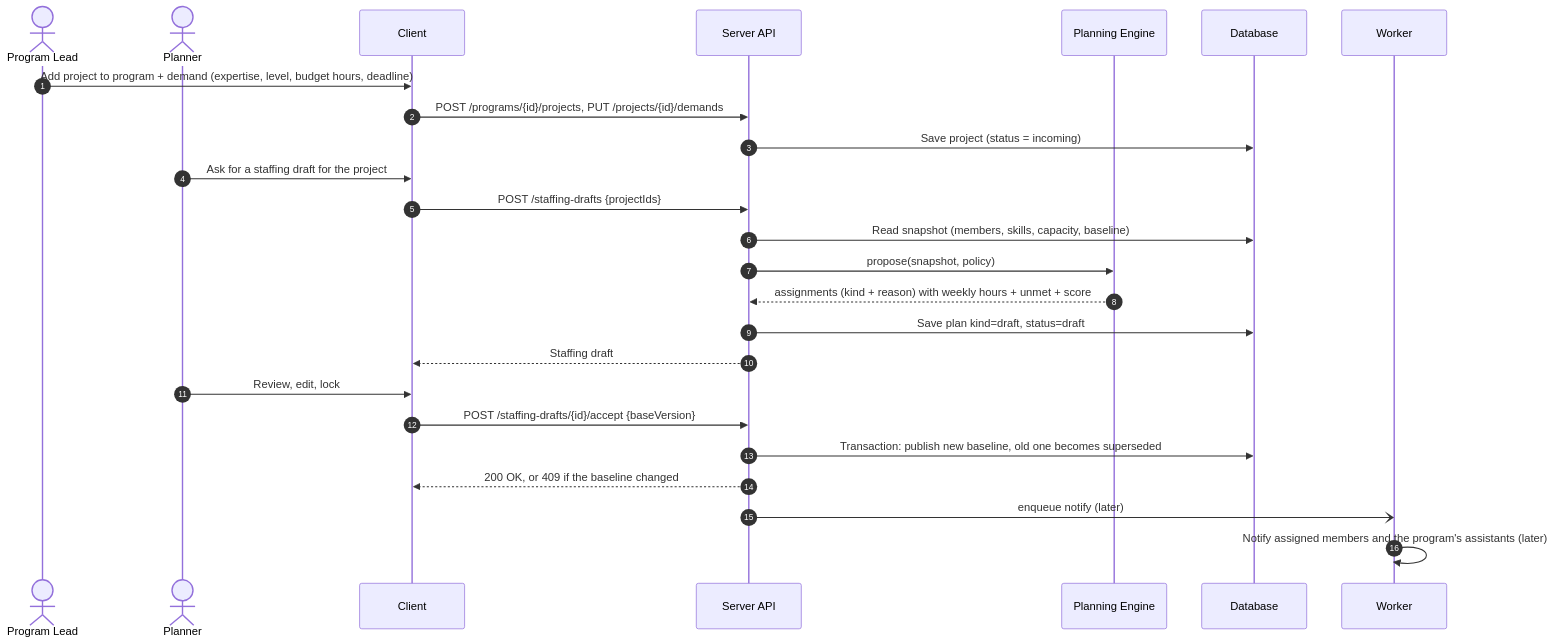
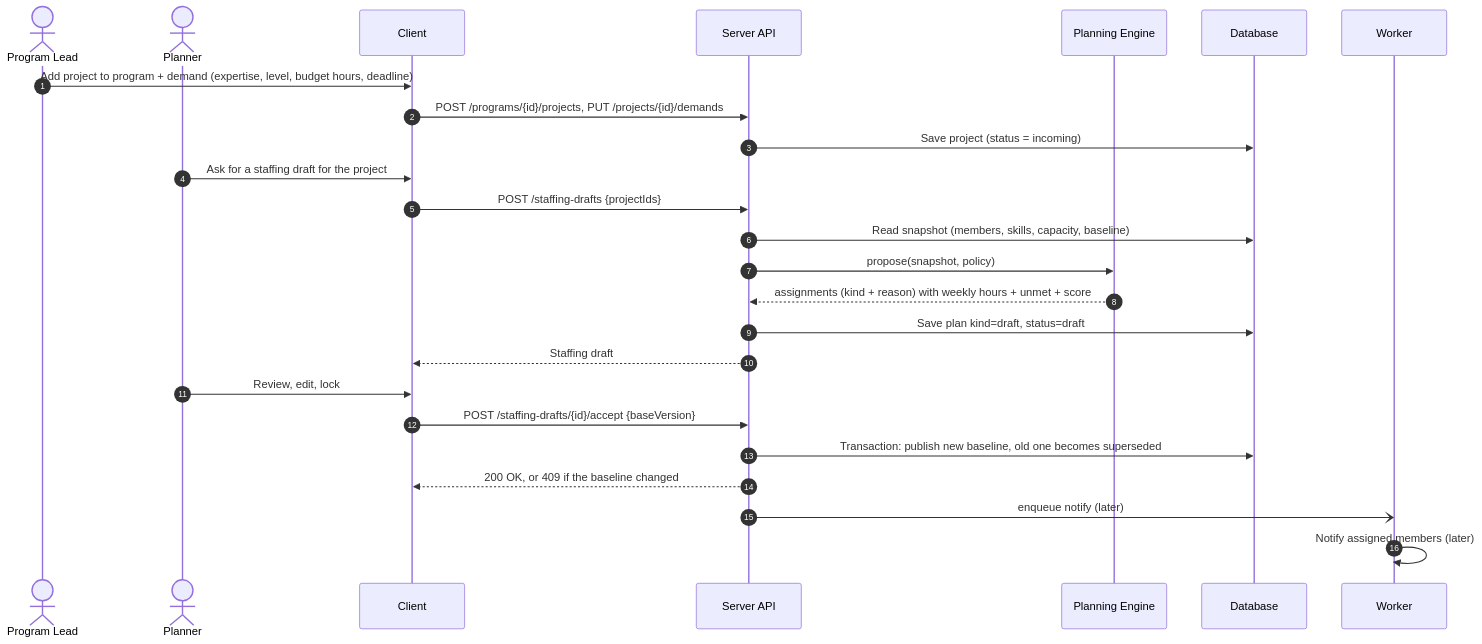
One commit to dophnamm/the-slot-finder changed the tenth of 14 diagrams in README.md. Above: the diagram before and after it, drawn with Mermaid. The commit also changed other lines of this file and 13 other files, not shown here.

````diff
--- a/README.md
+++ b/README.md
@@ -594,28 +526,28 @@
 ```mermaid
 sequenceDiagram
   autonumber
   actor L as Program Lead
   actor P as Planner
   participant C as Client
   participant API as Server API
   participant ENG as Planning Engine
   participant DB as Database
   participant W as Worker
 
   L->>C: Add project to program + demand (expertise, level, budget hours, deadline)
   C->>API: POST /programs/{id}/projects, PUT /projects/{id}/demands
   API->>DB: Save project (status = incoming)
   P->>C: Ask for a staffing draft for the project
   C->>API: POST /staffing-drafts {projectIds}
   API->>DB: Read snapshot (members, skills, capacity, baseline)
   API->>ENG: propose(snapshot, policy)
   ENG-->>API: assignments (kind + reason) with weekly hours + unmet + score
   API->>DB: Save plan kind=draft, status=draft
   API-->>C: Staffing draft
   P->>C: Review, edit, lock
   C->>API: POST /staffing-drafts/{id}/accept {baseVersion}
   API->>DB: Transaction: publish new baseline, old one becomes superseded
   API-->>C: 200 OK, or 409 if the baseline changed
   API-)W: enqueue notify (later)
-  W->>W: Notify assigned members and the program's assistants (later)
+  W->>W: Notify assigned members (later)
 ```
````
